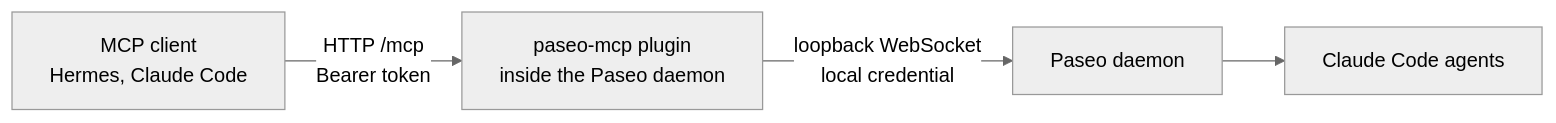
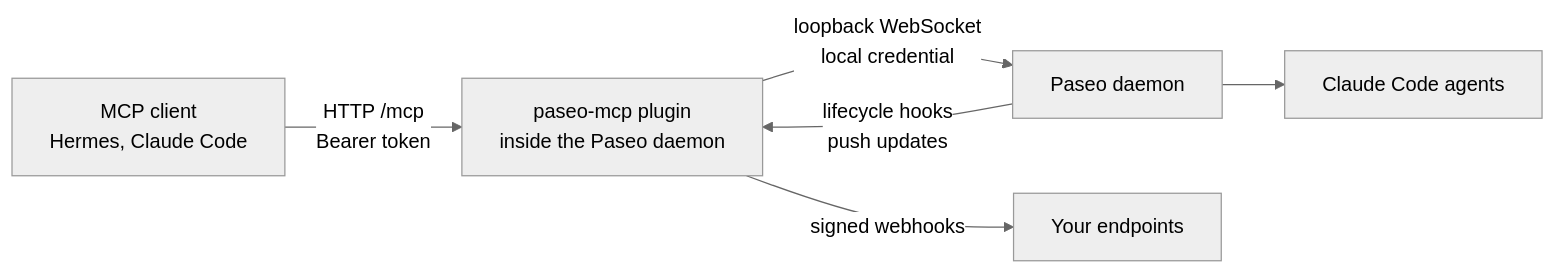
One commit to MaxGierlachowski/paseo-mcp changed the second of 2 diagrams in README.md. Above: the diagram before and after it, drawn with Mermaid (neutral theme). The commit also changed other lines of this file and 7 other files, not shown here.

````diff
--- a/README.md
+++ b/README.md
@@ -241,6 +358,8 @@
 ```mermaid
 flowchart LR
     A[MCP client<br/>Hermes, Claude Code] -- HTTP /mcp<br/>Bearer token --> B[paseo-mcp plugin<br/>inside the Paseo daemon]
     B -- loopback WebSocket<br/>local credential --> C[Paseo daemon]
+    C -- lifecycle hooks<br/>push updates --> B
+    B -- signed webhooks --> F[Your endpoints]
     C --> D[Claude Code agents]
 ```
````
